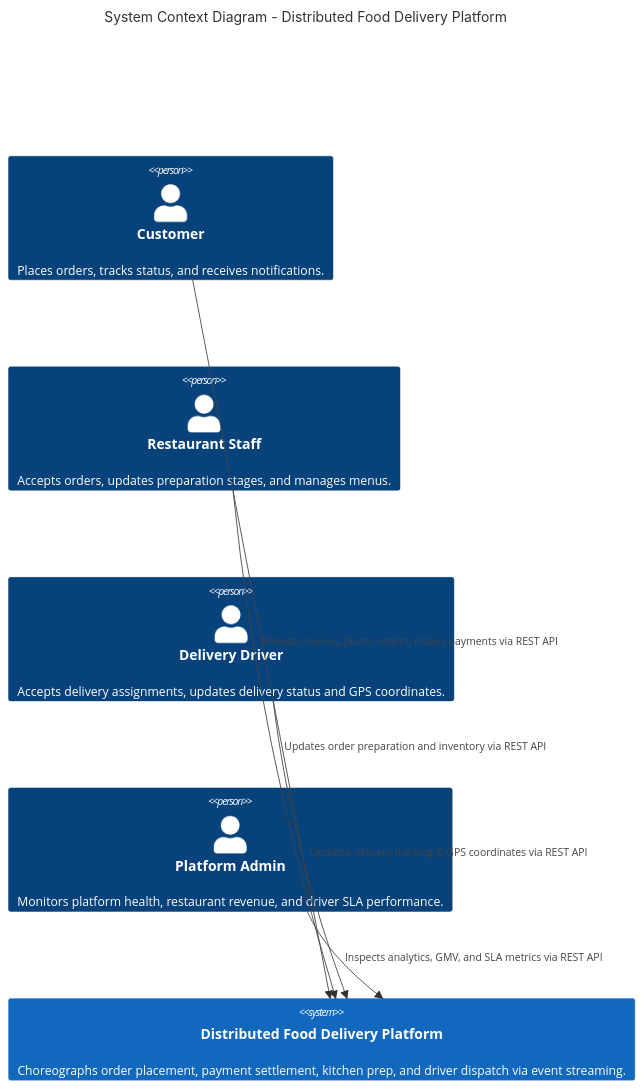
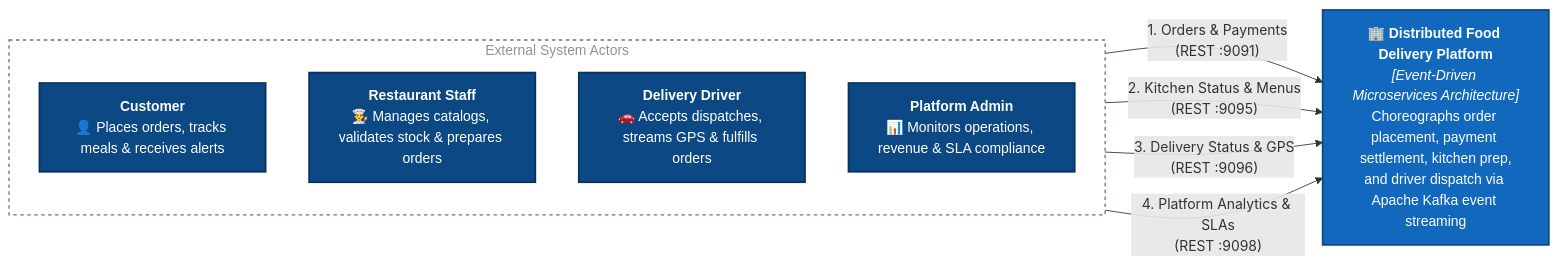
The first of 3 diagrams in README.md (CodeGrogu/DSA-Assignment-2), drawn with Mermaid before and after one commit. The commit also changed other lines of this file, not shown here.

Commit message:
docs(architecture): remediate mermaid diagrams in sections 1.1 and 1.2 to eliminate label overlap

````diff
--- a/README.md
+++ b/README.md
@@ -18,16 +18,24 @@
 ```mermaid
-C4Context
-    title System Context Diagram - Distributed Food Delivery Platform
+flowchart LR
+    %% Styling Definitions
+    classDef actorNode fill:#0b4884,stroke:#07325d,stroke-width:2px,color:#ffffff,font-family:sans-serif;
+    classDef systemNode fill:#1168bd,stroke:#0b4884,stroke-width:2px,color:#ffffff,font-family:sans-serif;
+    classDef clusterBox fill:none,stroke:#64748b,stroke-width:1.5px,stroke-dasharray: 4 4,color:#8b949e,font-family:sans-serif;
 
-    Person(customer, "Customer", "Places orders, tracks status, and receives notifications.")
-    Person(restaurant, "Restaurant Staff", "Accepts orders, updates preparation stages, and manages menus.")
-    Person(driver, "Delivery Driver", "Accepts delivery assignments, updates delivery status and GPS coordinates.")
-    Person(admin, "Platform Admin", "Monitors platform health, restaurant revenue, and driver SLA performance.")
+    subgraph Actors ["External System Actors"]
+        direction TB
+        customer["<b>Customer</b><br/>👤 Places orders, tracks meals & receives alerts"]:::actorNode
+        restaurant["<b>Restaurant Staff</b><br/>👨‍🍳 Manages catalogs, validates stock & prepares orders"]:::actorNode
+        driver["<b>Delivery Driver</b><br/>🚗 Accepts dispatches, streams GPS & fulfills orders"]:::actorNode
+        admin["<b>Platform Admin</b><br/>📊 Monitors operations, revenue & SLA compliance"]:::actorNode
+    end
 
-    System(platform, "Distributed Food Delivery Platform", "Choreographs order placement, payment settlement, kitchen prep, and driver dispatch via event streaming.")
+    platform["🏢 <b>Distributed Food Delivery Platform</b><br/><i>[Event-Driven Microservices Architecture]</i><br/>Choreographs order placement, payment settlement, kitchen prep,<br/>and driver dispatch via Apache Kafka event streaming"]:::systemNode
 
-    Rel(customer, platform, "Browses menus, places orders, makes payments via REST API")
-    Rel(restaurant, platform, "Updates order preparation and inventory via REST API")
-    Rel(driver, platform, "Updates delivery tracking & GPS coordinates via REST API")
-    Rel(admin, platform, "Inspects analytics, GMV, and SLA metrics via REST API")
+    customer -->|"1. Orders & Payments<br/>(REST :9091)"| platform
+    restaurant -->|"2. Kitchen Status & Menus<br/>(REST :9095)"| platform
+    driver -->|"3. Delivery Status & GPS<br/>(REST :9096)"| platform
+    admin -->|"4. Platform Analytics & SLAs<br/>(REST :9098)"| platform
+
+    class Actors clusterBox;
 ```
````
